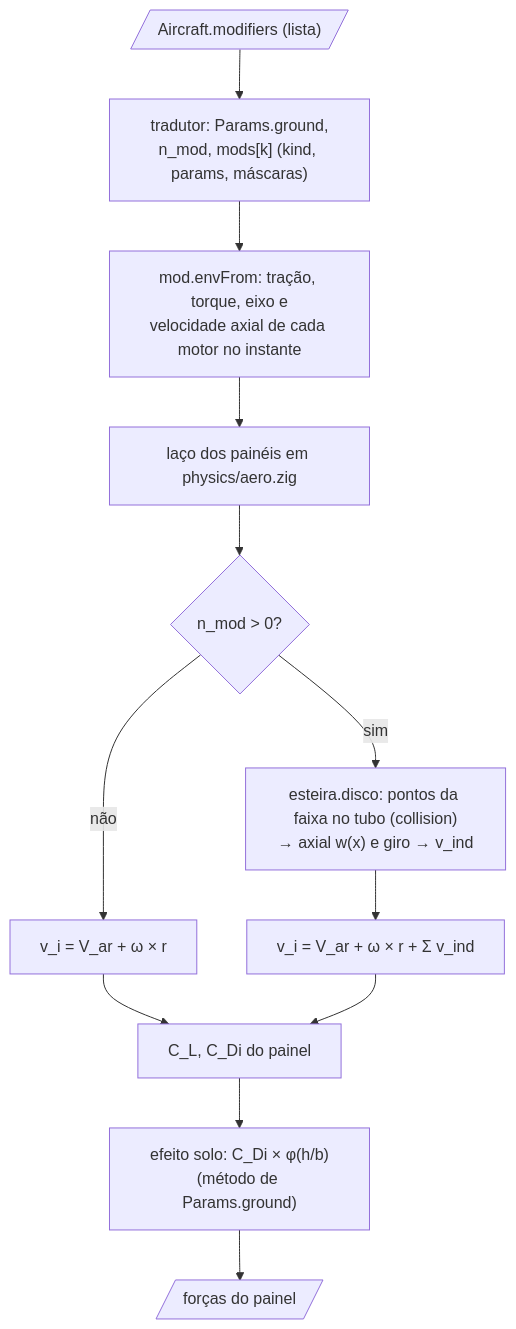
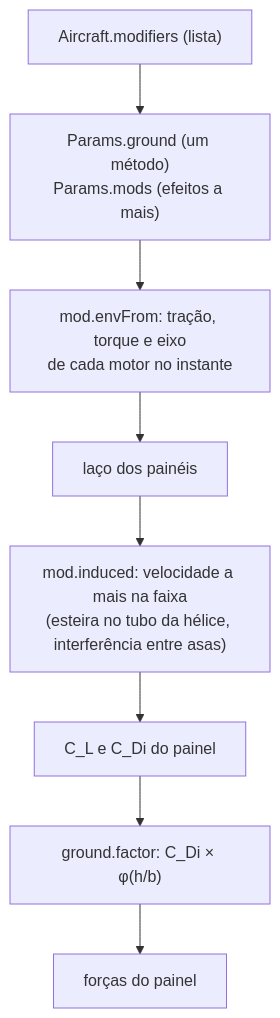
Before and after one commit to vitordallolivo/AircraftSimulation: the diagram in core/src/modifiers/README.md, drawn with Mermaid. The commit also changed other lines of this file, not shown here.

First line of the commit message:
README dos modificadores corrido como livro, com a saída do exemplo

````diff
--- a/core/src/modifiers/README.md
+++ b/core/src/modifiers/README.md
@@ -37,14 +15,10 @@
 ```mermaid
-flowchart TD
-    L[/"Aircraft.modifiers (lista)"/] --> T["tradutor: Params.ground,<br/>n_mod, mods[k] (kind, params, máscaras)"]
-    T --> ENV["mod.envFrom: tração, torque, eixo e<br/>velocidade axial de cada motor no instante"]
-    ENV --> PAN["laço dos painéis em physics/aero.zig"]
-    PAN --> IND{"n_mod > 0?"}
-    IND -->|"sim"| SL["esteira.disco: pontos da faixa no tubo (collision)<br/>→ axial w(x) e giro → v_ind"]
-    IND -->|"não"| V["v_i = V_ar + ω × r"]
-    SL --> V2["v_i = V_ar + ω × r + Σ v_ind"]
-    V --> CL["C_L, C_Di do painel"]
-    V2 --> CL
-    CL --> GR["efeito solo: C_Di × φ(h/b)<br/>(método de Params.ground)"]
-    GR --> F[/"forças do painel"/]
+flowchart TB
+    L["Aircraft.modifiers (lista)"] --> T["Params.ground (um método)<br/>Params.mods (efeitos a mais)"]
+    T --> ENV["mod.envFrom: tração, torque e eixo<br/>de cada motor no instante"]
+    ENV --> PAN["laço dos painéis"]
+    PAN --> IND["mod.induced: velocidade a mais na faixa<br/>(esteira no tubo da hélice, interferência entre asas)"]
+    IND --> CL["C_L e C_Di do painel"]
+    CL --> GR["ground.factor: C_Di × φ(h/b)"]
+    GR --> F["forças do painel"]
 ```
````
